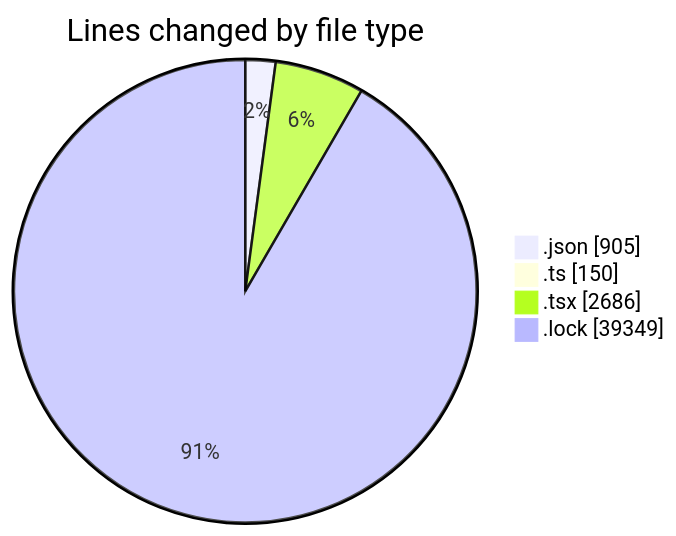
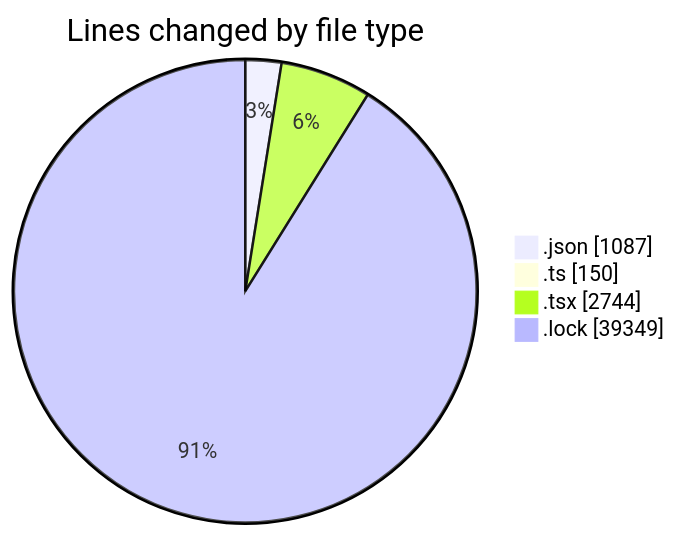
Before and after one commit to momahboobian/code-tracking: the first of 2 diagrams in 2025-05-07/cda/README.md, drawn with Mermaid. The commit also changed other lines of this file and 1 other file, not shown here.

````diff
--- a/2025-05-07/cda/README.md
+++ b/2025-05-07/cda/README.md
@@ -54,8 +55,8 @@
 ```mermaid
 pie showData
 title Lines changed by file type
-".json" : 905
+".json" : 1087
 ".ts" : 150
-".tsx" : 2686
+".tsx" : 2744
 ".lock" : 39349
 ```
````
